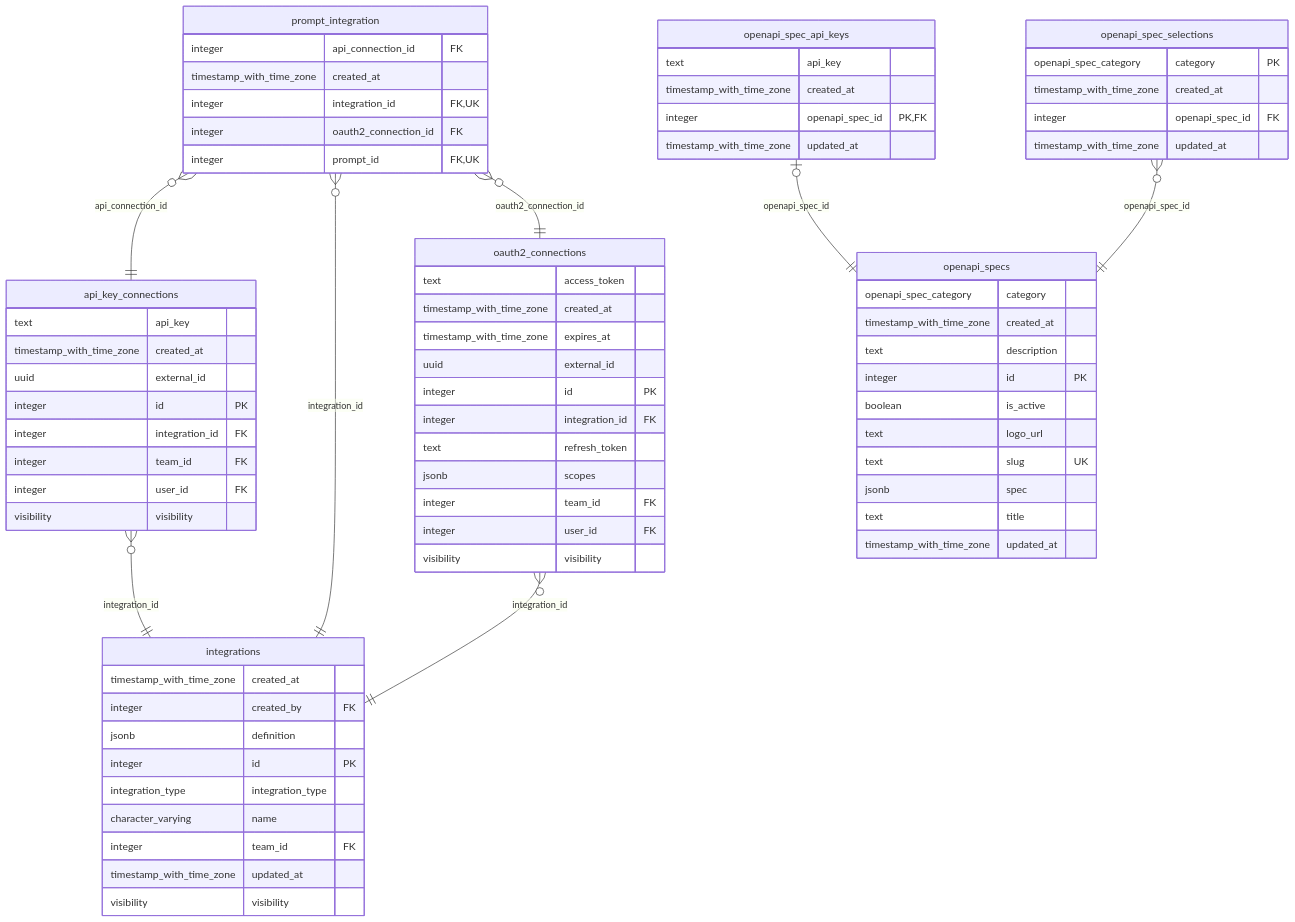
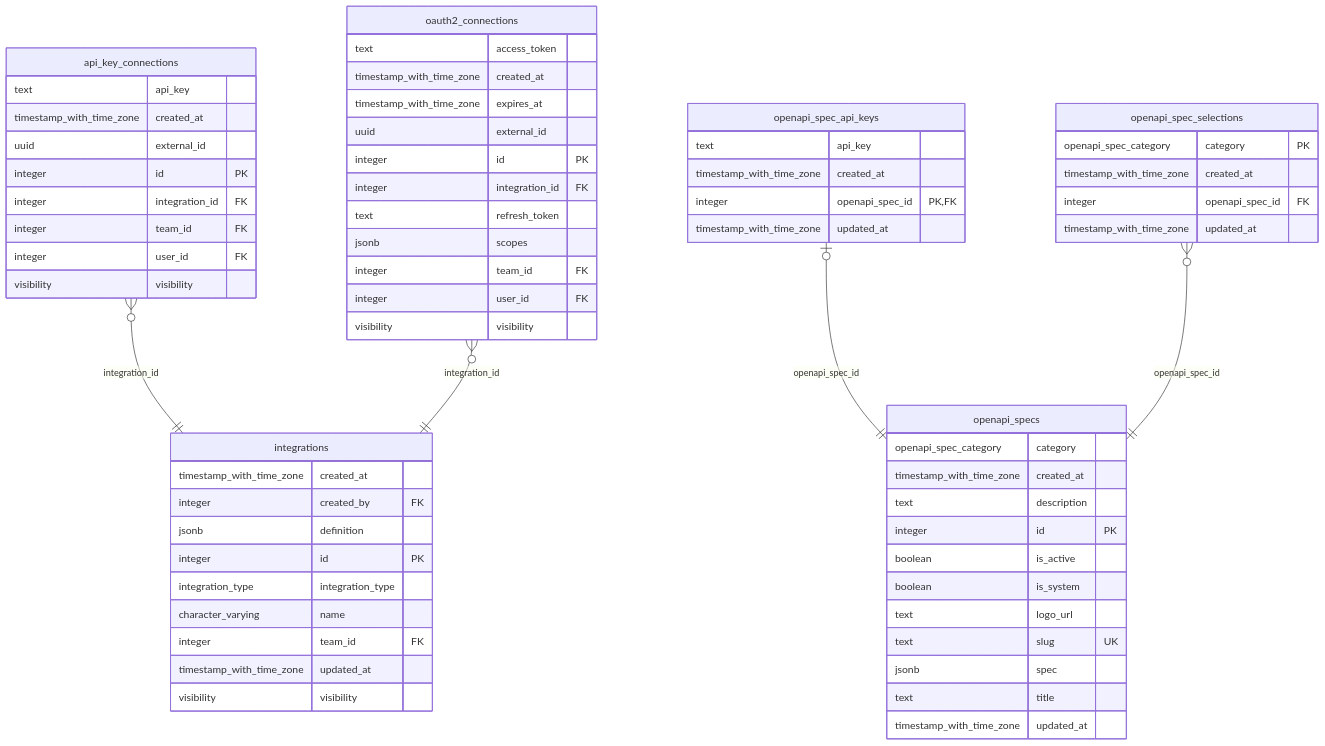
The second of 10 diagrams in crates/db/README.md (bionic-gpt/bionic-gpt), drawn with Mermaid before and after one commit. The commit also changed other lines of this file and 27 other files, not shown here.

````diff
--- a/crates/db/README.md
+++ b/crates/db/README.md
@@ -91,82 +90,72 @@
 ```mermaid
 erDiagram
     api_key_connections {
         text api_key 
         timestamp_with_time_zone created_at 
         uuid external_id 
         integer id PK 
         integer integration_id FK 
         integer team_id FK 
         integer user_id FK 
         visibility visibility 
     }
 
     integrations {
         timestamp_with_time_zone created_at 
         integer created_by FK 
         jsonb definition 
         integer id PK 
         integration_type integration_type 
         character_varying name 
         integer team_id FK 
         timestamp_with_time_zone updated_at 
         visibility visibility 
     }
 
     oauth2_connections {
         text access_token 
         timestamp_with_time_zone created_at 
         timestamp_with_time_zone expires_at 
         uuid external_id 
         integer id PK 
         integer integration_id FK 
         text refresh_token 
         jsonb scopes 
         integer team_id FK 
         integer user_id FK 
         visibility visibility 
     }
 
     openapi_spec_api_keys {
         text api_key 
         timestamp_with_time_zone created_at 
         integer openapi_spec_id PK,FK 
         timestamp_with_time_zone updated_at 
     }
 
     openapi_spec_selections {
         openapi_spec_category category PK 
         timestamp_with_time_zone created_at 
         integer openapi_spec_id FK 
         timestamp_with_time_zone updated_at 
     }
 
     openapi_specs {
         openapi_spec_category category 
         timestamp_with_time_zone created_at 
         text description 
         integer id PK 
         boolean is_active 
+        boolean is_system 
         text logo_url 
         text slug UK 
         jsonb spec 
         text title 
         timestamp_with_time_zone updated_at 
     }
 
-    prompt_integration {
-        integer api_connection_id FK 
-        timestamp_with_time_zone created_at 
-        integer integration_id FK,UK 
-        integer oauth2_connection_id FK 
-        integer prompt_id FK,UK 
-    }
-
     api_key_connections }o--|| integrations : "integration_id"
-    prompt_integration }o--|| api_key_connections : "api_connection_id"
     oauth2_connections }o--|| integrations : "integration_id"
-    prompt_integration }o--|| integrations : "integration_id"
-    prompt_integration }o--|| oauth2_connections : "oauth2_connection_id"
     openapi_spec_api_keys |o--|| openapi_specs : "openapi_spec_id"
     openapi_spec_selections }o--|| openapi_specs : "openapi_spec_id"
 ```
````
